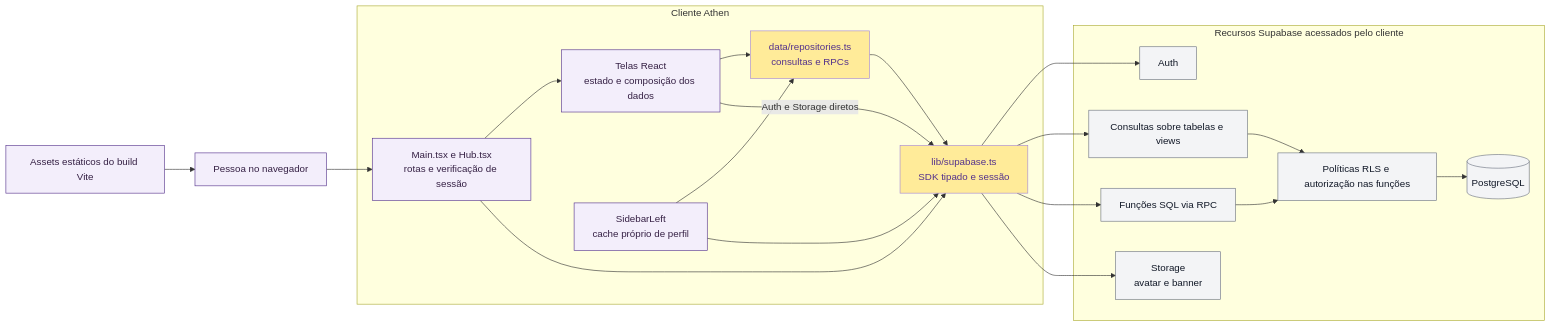
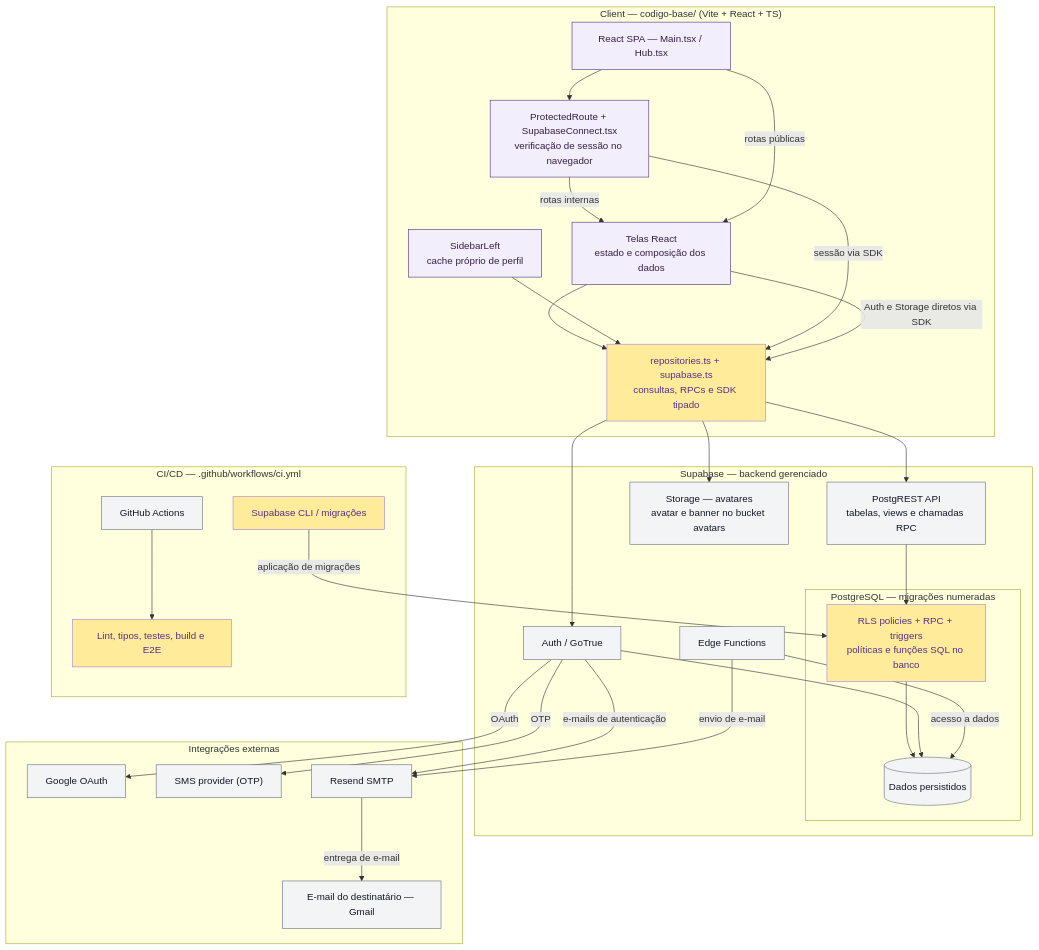
The diagram in docs/diagramas/arquitetura-atual.mmd (embertoni/Athen-Teste), drawn with Mermaid before and after one commit. The commit also changed 4 other files, not shown here.

Commit message:
docs: adiciona diagrama arquitetural e atualiza relatorio local

```diff
--- a/docs/diagramas/arquitetura-atual.mmd
+++ b/docs/diagramas/arquitetura-atual.mmd
@@ -1,43 +1,58 @@
-%% Referência atual conferida com o código em 2026-10-23.
-%% Explicação e caminhos: ../arquitetura.md. Configuração remota não verificada.
-flowchart LR
+flowchart TB
   classDef client fill:#f3eefb,stroke:#54318c,color:#352044;
   classDef data fill:#ffeb99,stroke:#a486d5,color:#54318c;
   classDef remote fill:#f3f4f6,stroke:#6b7280,color:#111827;
 
-  User["Pessoa no navegador"]:::client
-  Assets["Assets estáticos do build Vite"]:::client
-
-  subgraph Client["Cliente Athen"]
-    Main["Main.tsx e Hub.tsx<br/>rotas e verificação de sessão"]:::client
+  subgraph Client["Client — codigo-base/ (Vite + React + TS)"]
+    SPA["React SPA — Main.tsx / Hub.tsx"]:::client
+    Guard["ProtectedRoute + SupabaseConnect.tsx<br/>verificação de sessão no navegador"]:::client
     Pages["Telas React<br/>estado e composição dos dados"]:::client
     Cache["SidebarLeft<br/>cache próprio de perfil"]:::client
-    Repos["data/repositories.ts<br/>consultas e RPCs"]:::data
-    SDK["lib/supabase.ts<br/>SDK tipado e sessão"]:::data
+    Repos["repositories.ts + supabase.ts<br/>consultas, RPCs e SDK tipado"]:::data
+    SPA --> Guard
+    Guard -->|"rotas internas"| Pages
+    SPA -->|"rotas públicas"| Pages
+    Pages --> Repos
+    Cache --> Repos
+    Guard -->|"sessão via SDK"| Repos
   end
 
-  subgraph Supabase["Recursos Supabase acessados pelo cliente"]
-    Auth["Auth"]:::remote
-    REST["Consultas sobre tabelas e views"]:::remote
-    RPC["Funções SQL via RPC"]:::remote
-    RLS["Políticas RLS e autorização nas funções"]:::remote
-    DB[("PostgreSQL")]:::remote
-    Storage["Storage<br/>avatar e banner"]:::remote
+  subgraph Supabase["Supabase — backend gerenciado"]
+    Auth["Auth / GoTrue"]:::remote
+    REST["PostgREST API<br/>tabelas, views e chamadas RPC"]:::remote
+    Storage["Storage — avatares<br/>avatar e banner no bucket avatars"]:::remote
+    subgraph Database["PostgreSQL — migrações numeradas"]
+      Rules["RLS policies + RPC + triggers<br/>políticas e funções SQL no banco"]:::data
+      DB[("Dados persistidos")]:::remote
+      Rules --> DB
+    end
+    Edge["Edge Functions"]:::remote
+    Auth --> DB
+    REST --> Rules
+    Edge -->|"acesso a dados"| DB
   end
 
-  Assets --> User
-  User --> Main
-  Main --> Pages
-  Pages --> Repos
-  Cache --> Repos
-  Repos --> SDK
-  Main --> SDK
-  Cache --> SDK
-  Pages -->|"Auth e Storage diretos"| SDK
-  SDK --> Auth
-  SDK --> REST
-  SDK --> RPC
-  SDK --> Storage
-  REST --> RLS
-  RPC --> RLS
-  RLS --> DB
+  subgraph External["Integrações externas"]
+    Google["Google OAuth"]:::remote
+    SMS["SMS provider (OTP)"]:::remote
+    SMTP["Resend SMTP"]:::remote
+    Mail["E-mail do destinatário — Gmail"]:::remote
+    SMTP -->|"entrega de e-mail"| Mail
+  end
+
+  subgraph CI["CI/CD — .github/workflows/ci.yml"]
+    GH["GitHub Actions"]:::remote
+    Checks["Lint, tipos, testes, build e E2E"]:::data
+    CLI["Supabase CLI / migrações"]:::data
+    GH --> Checks
+  end
+
+  Repos --> Auth
+  Repos --> REST
+  Pages -->|"Auth e Storage diretos via SDK"| Repos
+  Repos --> Storage
+  Auth -->|"OAuth"| Google
+  Auth -->|"OTP"| SMS
+  Auth -->|"e-mails de autenticação"| SMTP
+  Edge -->|"envio de e-mail"| SMTP
+  CLI -->|"aplicação de migrações"| Rules
```
